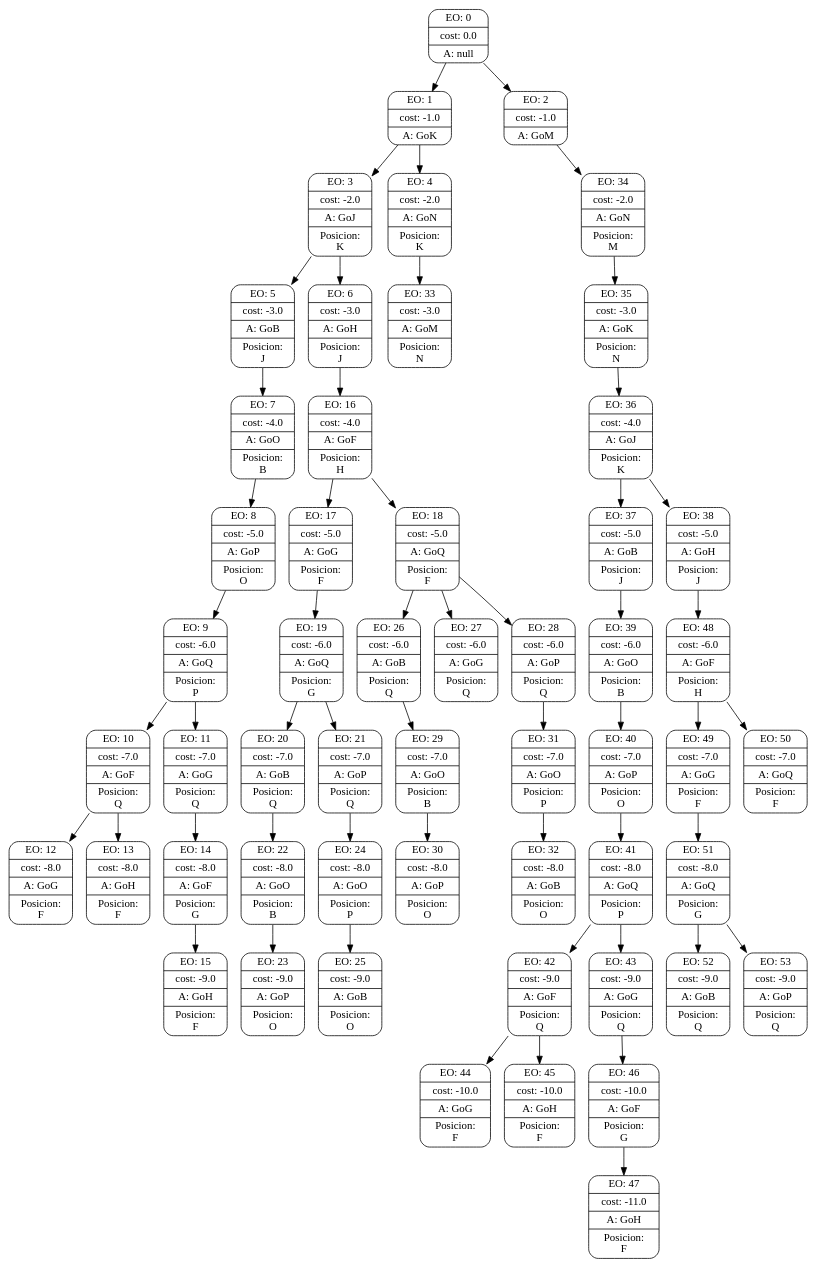
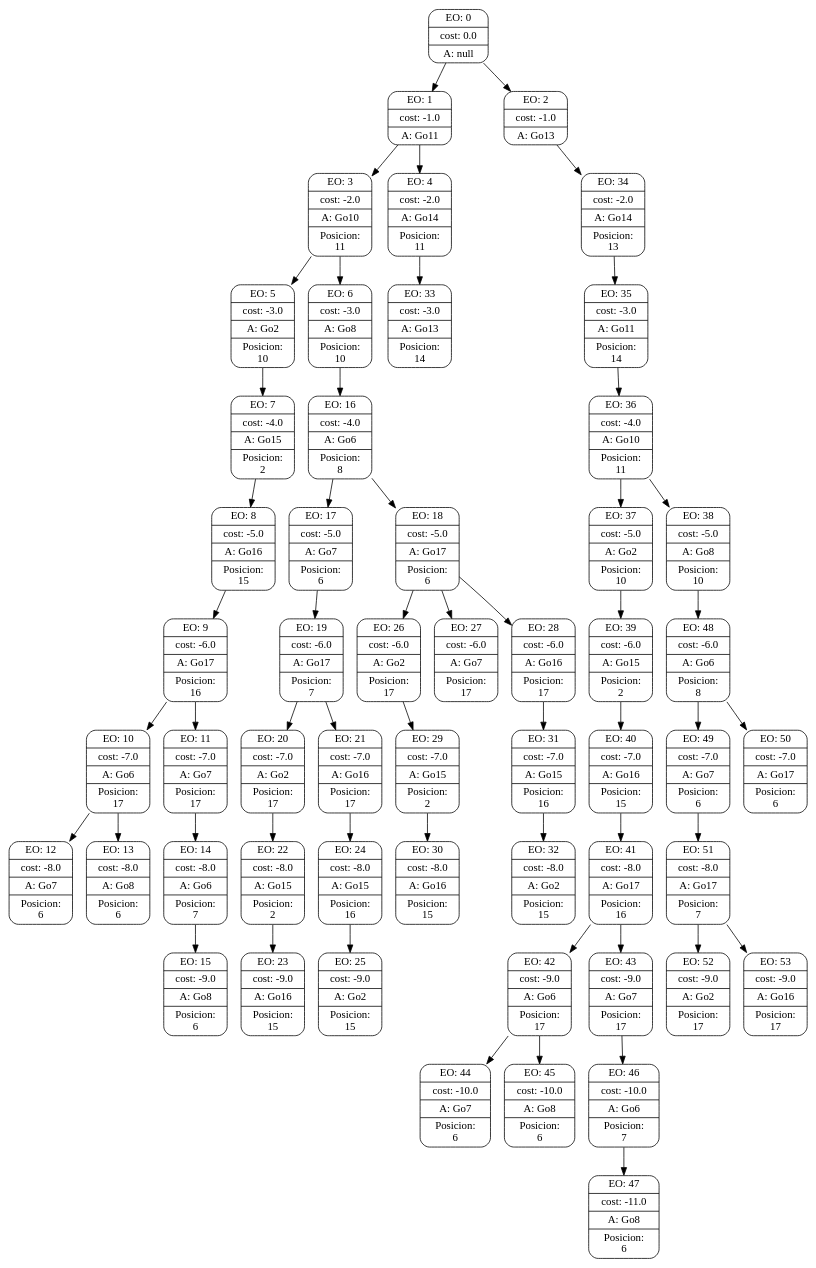
One commit to lniklison/TP-Inteligencia-artificial changed the diagram in searchGVTrees/5.dot. Above: the diagram before and after it, drawn with Graphviz. The commit also changed 29 other files, not shown here.

```diff
--- a/searchGVTrees/5.dot
+++ b/searchGVTrees/5.dot
@@ -1,165 +1,165 @@
 digraph g {
 node [shape = Mrecord];
 nodo0[label="{EO: 0|cost: 0.0|A: null}"]
-nodo1[label="{EO: 1|cost: -1.0|A: GoK}"]
-nodo3[label="{EO: 3|cost: -2.0|A: GoJ|Posicion:\nK}"]
-nodo5[label="{EO: 5|cost: -3.0|A: GoB|Posicion:\nJ}"]
-nodo7[label="{EO: 7|cost: -4.0|A: GoO|Posicion:\nB}"]
-nodo8[label="{EO: 8|cost: -5.0|A: GoP|Posicion:\nO}"]
-nodo9[label="{EO: 9|cost: -6.0|A: GoQ|Posicion:\nP}"]
-nodo10[label="{EO: 10|cost: -7.0|A: GoF|Posicion:\nQ}"]
-nodo12[label="{EO: 12|cost: -8.0|A: GoG|Posicion:\nF}"]
+nodo1[label="{EO: 1|cost: -1.0|A: Go11}"]
+nodo3[label="{EO: 3|cost: -2.0|A: Go10|Posicion:\n11}"]
+nodo5[label="{EO: 5|cost: -3.0|A: Go2|Posicion:\n10}"]
+nodo7[label="{EO: 7|cost: -4.0|A: Go15|Posicion:\n2}"]
+nodo8[label="{EO: 8|cost: -5.0|A: Go16|Posicion:\n15}"]
+nodo9[label="{EO: 9|cost: -6.0|A: Go17|Posicion:\n16}"]
+nodo10[label="{EO: 10|cost: -7.0|A: Go6|Posicion:\n17}"]
+nodo12[label="{EO: 12|cost: -8.0|A: Go7|Posicion:\n6}"]
 
 nodo10 -> nodo12;
-nodo13[label="{EO: 13|cost: -8.0|A: GoH|Posicion:\nF}"]
+nodo13[label="{EO: 13|cost: -8.0|A: Go8|Posicion:\n6}"]
 
 nodo10 -> nodo13;
 
 nodo9 -> nodo10;
-nodo11[label="{EO: 11|cost: -7.0|A: GoG|Posicion:\nQ}"]
-nodo14[label="{EO: 14|cost: -8.0|A: GoF|Posicion:\nG}"]
-nodo15[label="{EO: 15|cost: -9.0|A: GoH|Posicion:\nF}"]
+nodo11[label="{EO: 11|cost: -7.0|A: Go7|Posicion:\n17}"]
+nodo14[label="{EO: 14|cost: -8.0|A: Go6|Posicion:\n7}"]
+nodo15[label="{EO: 15|cost: -9.0|A: Go8|Posicion:\n6}"]
 
 nodo14 -> nodo15;
 
 nodo11 -> nodo14;
 
 nodo9 -> nodo11;
 
 nodo8 -> nodo9;
 
 nodo7 -> nodo8;
 
 nodo5 -> nodo7;
 
 nodo3 -> nodo5;
-nodo6[label="{EO: 6|cost: -3.0|A: GoH|Posicion:\nJ}"]
-nodo16[label="{EO: 16|cost: -4.0|A: GoF|Posicion:\nH}"]
-nodo17[label="{EO: 17|cost: -5.0|A: GoG|Posicion:\nF}"]
-nodo19[label="{EO: 19|cost: -6.0|A: GoQ|Posicion:\nG}"]
-nodo20[label="{EO: 20|cost: -7.0|A: GoB|Posicion:\nQ}"]
-nodo22[label="{EO: 22|cost: -8.0|A: GoO|Posicion:\nB}"]
-nodo23[label="{EO: 23|cost: -9.0|A: GoP|Posicion:\nO}"]
+nodo6[label="{EO: 6|cost: -3.0|A: Go8|Posicion:\n10}"]
+nodo16[label="{EO: 16|cost: -4.0|A: Go6|Posicion:\n8}"]
+nodo17[label="{EO: 17|cost: -5.0|A: Go7|Posicion:\n6}"]
+nodo19[label="{EO: 19|cost: -6.0|A: Go17|Posicion:\n7}"]
+nodo20[label="{EO: 20|cost: -7.0|A: Go2|Posicion:\n17}"]
+nodo22[label="{EO: 22|cost: -8.0|A: Go15|Posicion:\n2}"]
+nodo23[label="{EO: 23|cost: -9.0|A: Go16|Posicion:\n15}"]
 
 nodo22 -> nodo23;
 
 nodo20 -> nodo22;
 
 nodo19 -> nodo20;
-nodo21[label="{EO: 21|cost: -7.0|A: GoP|Posicion:\nQ}"]
-nodo24[label="{EO: 24|cost: -8.0|A: GoO|Posicion:\nP}"]
-nodo25[label="{EO: 25|cost: -9.0|A: GoB|Posicion:\nO}"]
+nodo21[label="{EO: 21|cost: -7.0|A: Go16|Posicion:\n17}"]
+nodo24[label="{EO: 24|cost: -8.0|A: Go15|Posicion:\n16}"]
+nodo25[label="{EO: 25|cost: -9.0|A: Go2|Posicion:\n15}"]
 
 nodo24 -> nodo25;
 
 nodo21 -> nodo24;
 
 nodo19 -> nodo21;
 
 nodo17 -> nodo19;
 
 nodo16 -> nodo17;
-nodo18[label="{EO: 18|cost: -5.0|A: GoQ|Posicion:\nF}"]
-nodo26[label="{EO: 26|cost: -6.0|A: GoB|Posicion:\nQ}"]
-nodo29[label="{EO: 29|cost: -7.0|A: GoO|Posicion:\nB}"]
-nodo30[label="{EO: 30|cost: -8.0|A: GoP|Posicion:\nO}"]
+nodo18[label="{EO: 18|cost: -5.0|A: Go17|Posicion:\n6}"]
+nodo26[label="{EO: 26|cost: -6.0|A: Go2|Posicion:\n17}"]
+nodo29[label="{EO: 29|cost: -7.0|A: Go15|Posicion:\n2}"]
+nodo30[label="{EO: 30|cost: -8.0|A: Go16|Posicion:\n15}"]
 
 nodo29 -> nodo30;
 
 nodo26 -> nodo29;
 
 nodo18 -> nodo26;
-nodo27[label="{EO: 27|cost: -6.0|A: GoG|Posicion:\nQ}"]
+nodo27[label="{EO: 27|cost: -6.0|A: Go7|Posicion:\n17}"]
 
 nodo18 -> nodo27;
-nodo28[label="{EO: 28|cost: -6.0|A: GoP|Posicion:\nQ}"]
-nodo31[label="{EO: 31|cost: -7.0|A: GoO|Posicion:\nP}"]
-nodo32[label="{EO: 32|cost: -8.0|A: GoB|Posicion:\nO}"]
+nodo28[label="{EO: 28|cost: -6.0|A: Go16|Posicion:\n17}"]
+nodo31[label="{EO: 31|cost: -7.0|A: Go15|Posicion:\n16}"]
+nodo32[label="{EO: 32|cost: -8.0|A: Go2|Posicion:\n15}"]
 
 nodo31 -> nodo32;
 
 nodo28 -> nodo31;
 
 nodo18 -> nodo28;
 
 nodo16 -> nodo18;
 
 nodo6 -> nodo16;
 
 nodo3 -> nodo6;
 
 nodo1 -> nodo3;
-nodo4[label="{EO: 4|cost: -2.0|A: GoN|Posicion:\nK}"]
-nodo33[label="{EO: 33|cost: -3.0|A: GoM|Posicion:\nN}"]
+nodo4[label="{EO: 4|cost: -2.0|A: Go14|Posicion:\n11}"]
+nodo33[label="{EO: 33|cost: -3.0|A: Go13|Posicion:\n14}"]
 
 nodo4 -> nodo33;
 
 nodo1 -> nodo4;
 
 nodo0 -> nodo1;
-nodo2[label="{EO: 2|cost: -1.0|A: GoM}"]
-nodo34[label="{EO: 34|cost: -2.0|A: GoN|Posicion:\nM}"]
-nodo35[label="{EO: 35|cost: -3.0|A: GoK|Posicion:\nN}"]
-nodo36[label="{EO: 36|cost: -4.0|A: GoJ|Posicion:\nK}"]
-nodo37[label="{EO: 37|cost: -5.0|A: GoB|Posicion:\nJ}"]
-nodo39[label="{EO: 39|cost: -6.0|A: GoO|Posicion:\nB}"]
-nodo40[label="{EO: 40|cost: -7.0|A: GoP|Posicion:\nO}"]
-nodo41[label="{EO: 41|cost: -8.0|A: GoQ|Posicion:\nP}"]
-nodo42[label="{EO: 42|cost: -9.0|A: GoF|Posicion:\nQ}"]
-nodo44[label="{EO: 44|cost: -10.0|A: GoG|Posicion:\nF}"]
+nodo2[label="{EO: 2|cost: -1.0|A: Go13}"]
+nodo34[label="{EO: 34|cost: -2.0|A: Go14|Posicion:\n13}"]
+nodo35[label="{EO: 35|cost: -3.0|A: Go11|Posicion:\n14}"]
+nodo36[label="{EO: 36|cost: -4.0|A: Go10|Posicion:\n11}"]
+nodo37[label="{EO: 37|cost: -5.0|A: Go2|Posicion:\n10}"]
+nodo39[label="{EO: 39|cost: -6.0|A: Go15|Posicion:\n2}"]
+nodo40[label="{EO: 40|cost: -7.0|A: Go16|Posicion:\n15}"]
+nodo41[label="{EO: 41|cost: -8.0|A: Go17|Posicion:\n16}"]
+nodo42[label="{EO: 42|cost: -9.0|A: Go6|Posicion:\n17}"]
+nodo44[label="{EO: 44|cost: -10.0|A: Go7|Posicion:\n6}"]
 
 nodo42 -> nodo44;
-nodo45[label="{EO: 45|cost: -10.0|A: GoH|Posicion:\nF}"]
+nodo45[label="{EO: 45|cost: -10.0|A: Go8|Posicion:\n6}"]
 
 nodo42 -> nodo45;
 
 nodo41 -> nodo42;
-nodo43[label="{EO: 43|cost: -9.0|A: GoG|Posicion:\nQ}"]
-nodo46[label="{EO: 46|cost: -10.0|A: GoF|Posicion:\nG}"]
-nodo47[label="{EO: 47|cost: -11.0|A: GoH|Posicion:\nF}"]
+nodo43[label="{EO: 43|cost: -9.0|A: Go7|Posicion:\n17}"]
+nodo46[label="{EO: 46|cost: -10.0|A: Go6|Posicion:\n7}"]
+nodo47[label="{EO: 47|cost: -11.0|A: Go8|Posicion:\n6}"]
 
 nodo46 -> nodo47;
 
 nodo43 -> nodo46;
 
 nodo41 -> nodo43;
 
 nodo40 -> nodo41;
 
 nodo39 -> nodo40;
 
 nodo37 -> nodo39;
 
 nodo36 -> nodo37;
-nodo38[label="{EO: 38|cost: -5.0|A: GoH|Posicion:\nJ}"]
-nodo48[label="{EO: 48|cost: -6.0|A: GoF|Posicion:\nH}"]
-nodo49[label="{EO: 49|cost: -7.0|A: GoG|Posicion:\nF}"]
-nodo51[label="{EO: 51|cost: -8.0|A: GoQ|Posicion:\nG}"]
-nodo52[label="{EO: 52|cost: -9.0|A: GoB|Posicion:\nQ}"]
+nodo38[label="{EO: 38|cost: -5.0|A: Go8|Posicion:\n10}"]
+nodo48[label="{EO: 48|cost: -6.0|A: Go6|Posicion:\n8}"]
+nodo49[label="{EO: 49|cost: -7.0|A: Go7|Posicion:\n6}"]
+nodo51[label="{EO: 51|cost: -8.0|A: Go17|Posicion:\n7}"]
+nodo52[label="{EO: 52|cost: -9.0|A: Go2|Posicion:\n17}"]
 
 nodo51 -> nodo52;
-nodo53[label="{EO: 53|cost: -9.0|A: GoP|Posicion:\nQ}"]
+nodo53[label="{EO: 53|cost: -9.0|A: Go16|Posicion:\n17}"]
 
 nodo51 -> nodo53;
 
 nodo49 -> nodo51;
 
 nodo48 -> nodo49;
-nodo50[label="{EO: 50|cost: -7.0|A: GoQ|Posicion:\nF}"]
+nodo50[label="{EO: 50|cost: -7.0|A: Go17|Posicion:\n6}"]
 
 nodo48 -> nodo50;
 
 nodo38 -> nodo48;
 
 nodo36 -> nodo38;
 
 nodo35 -> nodo36;
 
 nodo34 -> nodo35;
 
 nodo2 -> nodo34;
 
 nodo0 -> nodo2;
 
 
 }
```
